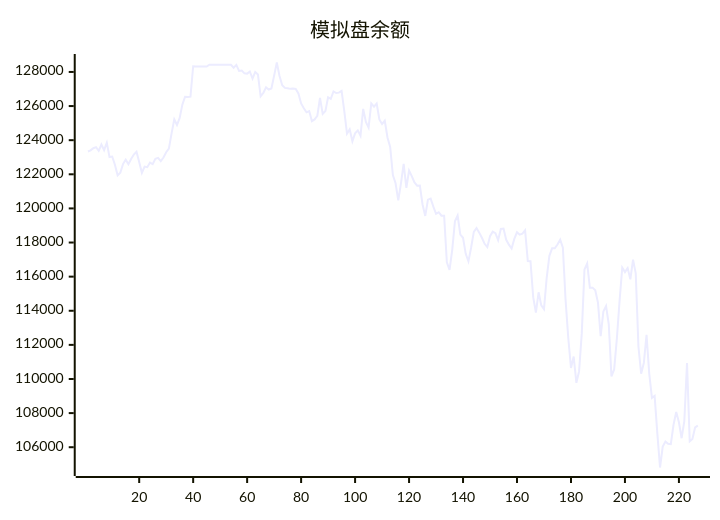
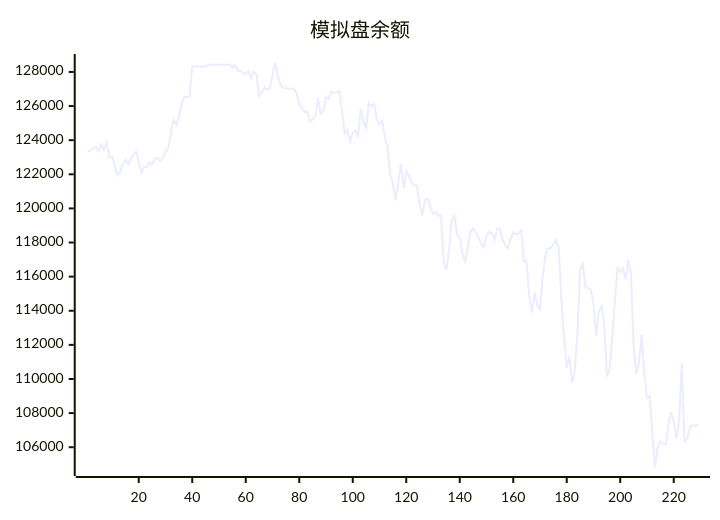
Before and after one commit to aahl/ai-trading: the diagram in README.md, drawn with Mermaid. The commit also changed other lines of this file and 1 other file, not shown here.

````diff
--- a/README.md
+++ b/README.md
@@ -5,5 +5,5 @@
 ```mermaid
 xychart
     title "模拟盘余额"
-    line [123338,123402,123530,123592,123378,123745,123413,123853,123009,123040,122557,121938,122095,122599,122856,122597,122898,123160,123319,122719,122087,122454,122416,122685,122592,122907,122961,122776,122981,123295,123507,124403,125224,124894,125303,126088,126544,126534,126549,128335,128318,128318,128318,128318,128318,128424,128424,128424,128424,128424,128424,128424,128424,128424,128247,128412,128062,128087,127917,127901,128026,127611,128000,127850,126572,126770,127100,126971,127029,127783,128554,127765,127224,127064,127044,127009,127025,127004,126738,126152,125871,125635,125707,125117,125217,125420,126480,125545,125715,126511,126424,126856,126764,126788,126890,125710,124381,124632,123936,124402,124574,124256,125833,125070,124739,126154,125966,126145,125213,124943,125143,124157,123604,121959,121476,120476,121470,122610,121201,122221,121889,121522,121332,121344,120232,119559,120513,120577,120108,119680,119777,119572,119568,116839,116392,117573,119250,119585,118469,118277,117338,116897,117706,118628,118849,118579,118280,117926,117735,118373,118639,118544,118136,118798,118819,118162,117874,117649,118215,118601,118463,118517,118713,116911,116899,114798,113887,115084,114313,114091,115934,117221,117658,117658,117883,118164,117693,114632,112403,110644,111313,109777,110444,112673,116419,116772,115355,115355,115198,114476,112510,113954,114276,113223,110151,110561,112361,114562,116522,116265,116500,115845,117000,116199,111887,110306,110942,112588,110318,108891,109011,106814,104811,106038,106327,106201,106180,107315,108068,107463,106528,107530,110941,106346,106482,107161,107268]
+    line [123338,123402,123530,123592,123378,123745,123413,123853,123009,123040,122557,121938,122095,122599,122856,122597,122898,123160,123319,122719,122087,122454,122416,122685,122592,122907,122961,122776,122981,123295,123507,124403,125224,124894,125303,126088,126544,126534,126549,128335,128318,128318,128318,128318,128318,128424,128424,128424,128424,128424,128424,128424,128424,128424,128247,128412,128062,128087,127917,127901,128026,127611,128000,127850,126572,126770,127100,126971,127029,127783,128554,127765,127224,127064,127044,127009,127025,127004,126738,126152,125871,125635,125707,125117,125217,125420,126480,125545,125715,126511,126424,126856,126764,126788,126890,125710,124381,124632,123936,124402,124574,124256,125833,125070,124739,126154,125966,126145,125213,124943,125143,124157,123604,121959,121476,120476,121470,122610,121201,122221,121889,121522,121332,121344,120232,119559,120513,120577,120108,119680,119777,119572,119568,116839,116392,117573,119250,119585,118469,118277,117338,116897,117706,118628,118849,118579,118280,117926,117735,118373,118639,118544,118136,118798,118819,118162,117874,117649,118215,118601,118463,118517,118713,116911,116899,114798,113887,115084,114313,114091,115934,117221,117658,117658,117883,118164,117693,114632,112403,110644,111313,109777,110444,112673,116419,116772,115355,115355,115198,114476,112510,113954,114276,113223,110151,110561,112361,114562,116522,116265,116500,115845,117000,116199,111887,110306,110942,112588,110318,108891,109011,106814,104811,106038,106327,106201,106180,107315,108068,107463,106528,107530,110941,106346,106482,107161,107268,107270,107302]
 ```
````
